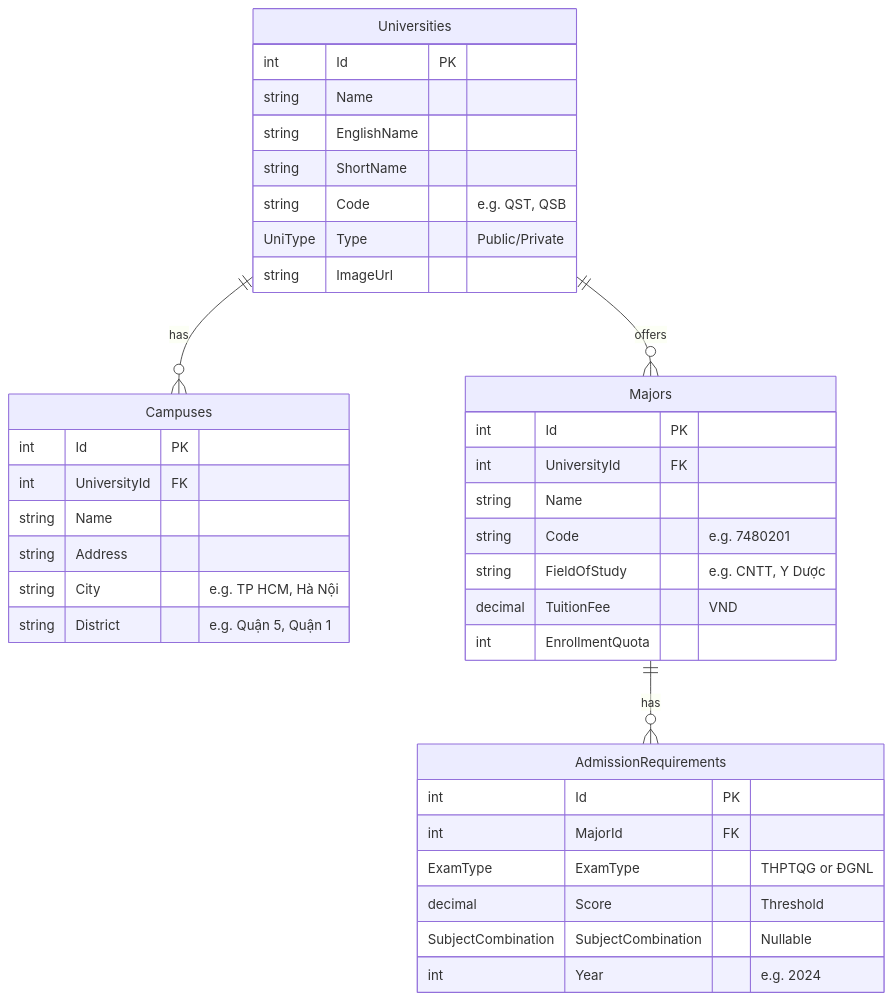
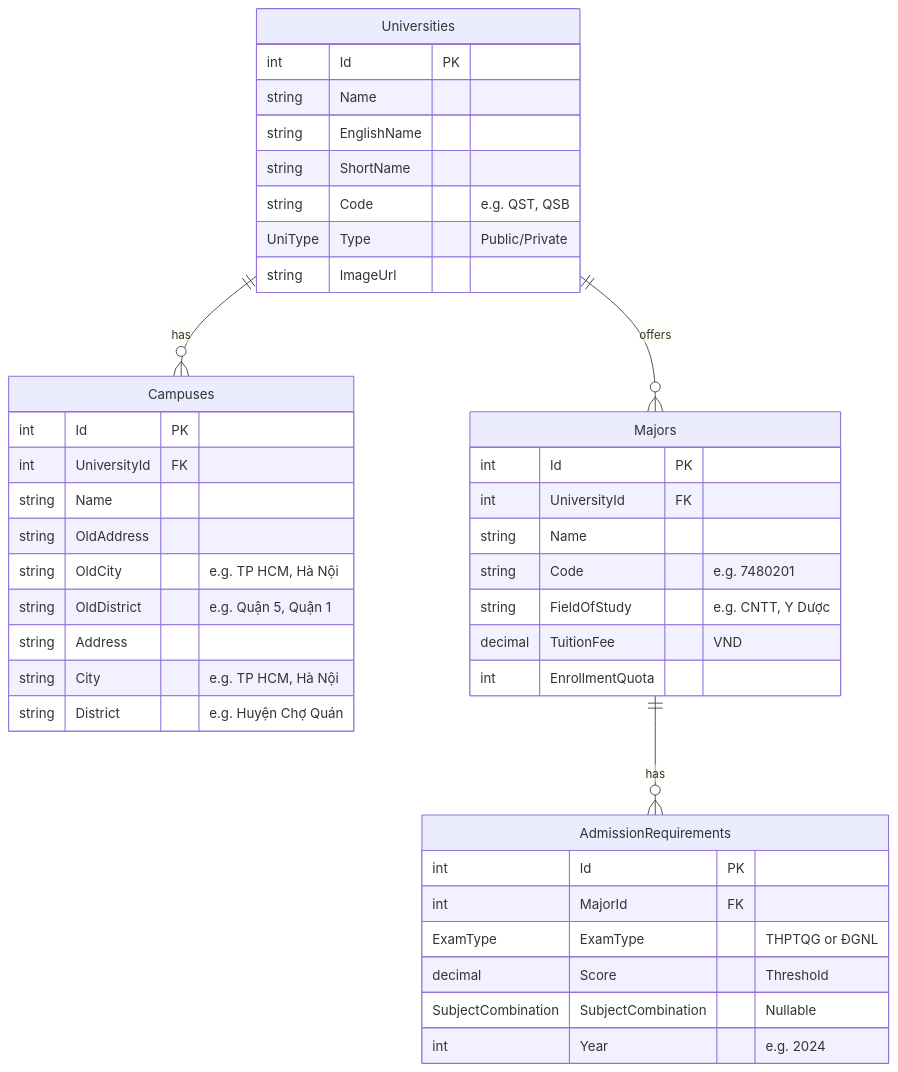
The diagram in docs/ER-model.md (longhuynhdev/TimTruong), drawn with Mermaid before and after one commit. The commit also changed 2 other files, not shown here.

Commit message:
Configure JSON serialization

````diff
--- a/docs/ER-model.md
+++ b/docs/ER-model.md
@@ -1,44 +1,48 @@
 ```mermaid
 erDiagram
     Universities ||--o{ Campuses : "has"
     Universities ||--o{ Majors : "offers"
     Majors ||--o{ AdmissionRequirements : "has"
 
     Universities {
         int Id PK
         string Name
         string EnglishName
         string ShortName
         string Code "e.g. QST, QSB"
         UniType Type "Public/Private"
         string ImageUrl
     }
 
     Campuses {
         int Id PK
         int UniversityId FK
         string Name
+        string OldAddress
+        string OldCity "e.g. TP HCM, Hà Nội"
+        string OldDistrict "e.g. Quận 5, Quận 1"
         string Address
         string City "e.g. TP HCM, Hà Nội"
-        string District "e.g. Quận 5, Quận 1"
+        string District "e.g. Huyện Chợ Quán"
+
     }
 
     Majors {
         int Id PK
         int UniversityId FK
         string Name
         string Code "e.g. 7480201"
         string FieldOfStudy "e.g. CNTT, Y Dược"
         decimal TuitionFee "VND"
         int EnrollmentQuota
     }
 
     AdmissionRequirements {
         int Id PK
         int MajorId FK
         ExamType ExamType "THPTQG or ĐGNL"
         decimal Score "Threshold"
         SubjectCombination SubjectCombination "Nullable"
         int Year "e.g. 2024"
     }
 ```    
````
